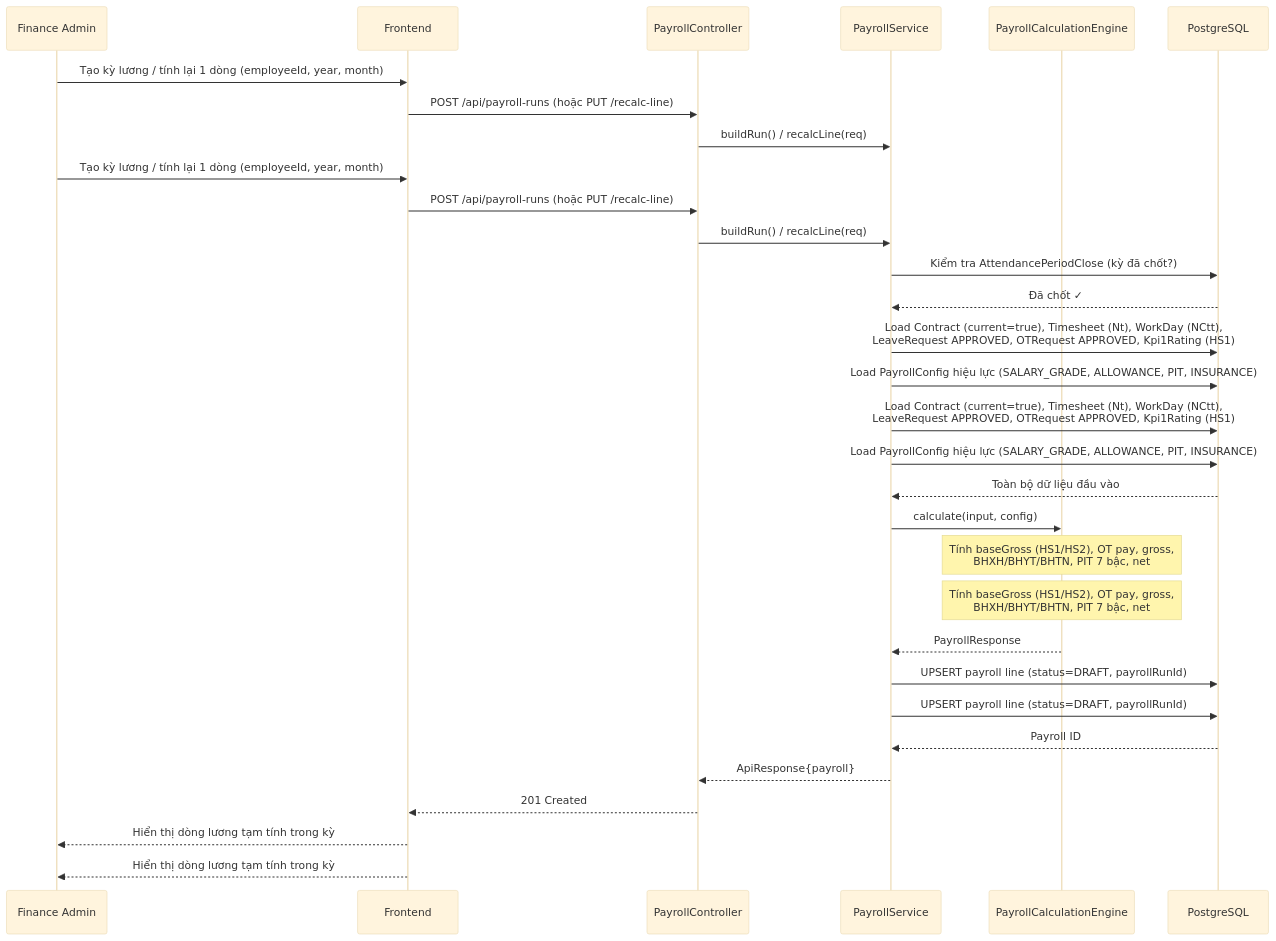
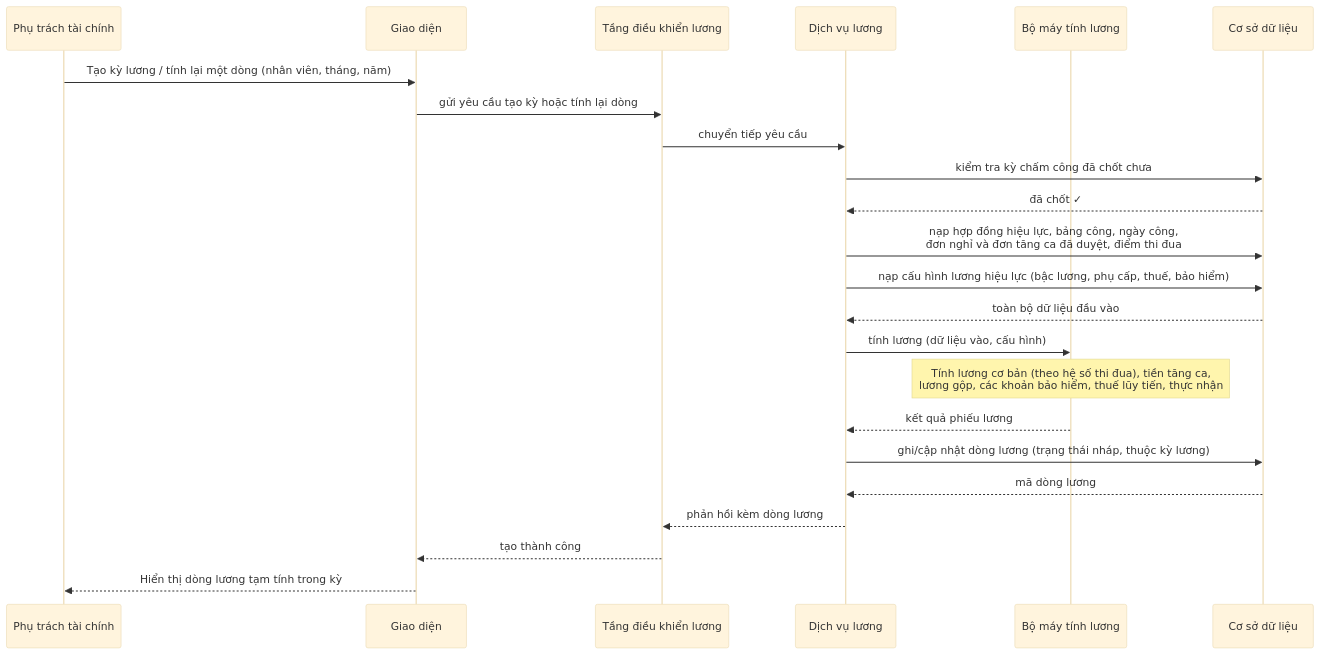
Diagram 17 of 19 in docs/DATN_20204812_NguyenThanhBach/DATN_20204812_NguyenThanhBach.md (NBachTH/HRMS), drawn with Mermaid (base theme) before and after one commit. The commit also changed other lines of this file, not shown here.

````diff
--- a/docs/DATN_20204812_NguyenThanhBach/DATN_20204812_NguyenThanhBach.md
+++ b/docs/DATN_20204812_NguyenThanhBach/DATN_20204812_NguyenThanhBach.md
@@ -1990,34 +1553,26 @@
 ```mermaid
 sequenceDiagram
-    participant FA as Finance Admin
-    participant FE as Frontend
-    participant PC as PayrollController
-    participant PS as PayrollService
-    participant PCE as PayrollCalculationEngine
-    participant DB as PostgreSQL
+    participant FA as Phụ trách tài chính
+    participant FE as Giao diện
+    participant PC as Tầng điều khiển lương
+    participant PS as Dịch vụ lương
+    participant PCE as Bộ máy tính lương
+    participant DB as Cơ sở dữ liệu
 
-    FA->>FE: Tạo kỳ lương / tính lại 1 dòng (employeeId, year, month)
-    FE->>PC: POST /api/payroll-runs (hoặc PUT /recalc-line)
-    PC->>PS: buildRun() / recalcLine(req)
-    FA->>FE: Tạo kỳ lương / tính lại 1 dòng (employeeId, year, month)
-    FE->>PC: POST /api/payroll-runs (hoặc PUT /recalc-line)
-    PC->>PS: buildRun() / recalcLine(req)
-    PS->>DB: Kiểm tra AttendancePeriodClose (kỳ đã chốt?)
-    DB-->>PS: Đã chốt ✓
-    PS->>DB: Load Contract (current=true), Timesheet (Nt), WorkDay (NCtt),<br/>LeaveRequest APPROVED, OTRequest APPROVED, Kpi1Rating (HS1)
-    PS->>DB: Load PayrollConfig hiệu lực (SALARY_GRADE, ALLOWANCE, PIT, INSURANCE)
-    PS->>DB: Load Contract (current=true), Timesheet (Nt), WorkDay (NCtt),<br/>LeaveRequest APPROVED, OTRequest APPROVED, Kpi1Rating (HS1)
-    PS->>DB: Load PayrollConfig hiệu lực (SALARY_GRADE, ALLOWANCE, PIT, INSURANCE)
-    DB-->>PS: Toàn bộ dữ liệu đầu vào
-    PS->>PCE: calculate(input, config)
-    Note over PCE: Tính baseGross (HS1/HS2), OT pay, gross,<br/>BHXH/BHYT/BHTN, PIT 7 bậc, net
-    Note over PCE: Tính baseGross (HS1/HS2), OT pay, gross,<br/>BHXH/BHYT/BHTN, PIT 7 bậc, net
-    PCE-->>PS: PayrollResponse
-    PS->>DB: UPSERT payroll line (status=DRAFT, payrollRunId)
-    PS->>DB: UPSERT payroll line (status=DRAFT, payrollRunId)
-    DB-->>PS: Payroll ID
-    PS-->>PC: ApiResponse{payroll}
-    PC-->>FE: 201 Created
-    FE-->>FA: Hiển thị dòng lương tạm tính trong kỳ
+    FA->>FE: Tạo kỳ lương / tính lại một dòng (nhân viên, tháng, năm)
+    FE->>PC: gửi yêu cầu tạo kỳ hoặc tính lại dòng
+    PC->>PS: chuyển tiếp yêu cầu
+    PS->>DB: kiểm tra kỳ chấm công đã chốt chưa
+    DB-->>PS: đã chốt ✓
+    PS->>DB: nạp hợp đồng hiệu lực, bảng công, ngày công,<br/>đơn nghỉ và đơn tăng ca đã duyệt, điểm thi đua
+    PS->>DB: nạp cấu hình lương hiệu lực (bậc lương, phụ cấp, thuế, bảo hiểm)
+    DB-->>PS: toàn bộ dữ liệu đầu vào
+    PS->>PCE: tính lương (dữ liệu vào, cấu hình)
+    Note over PCE: Tính lương cơ bản (theo hệ số thi đua), tiền tăng ca,<br/>lương gộp, các khoản bảo hiểm, thuế lũy tiến, thực nhận
+    PCE-->>PS: kết quả phiếu lương
+    PS->>DB: ghi/cập nhật dòng lương (trạng thái nháp, thuộc kỳ lương)
+    DB-->>PS: mã dòng lương
+    PS-->>PC: phản hồi kèm dòng lương
+    PC-->>FE: tạo thành công
     FE-->>FA: Hiển thị dòng lương tạm tính trong kỳ
 ```
````
